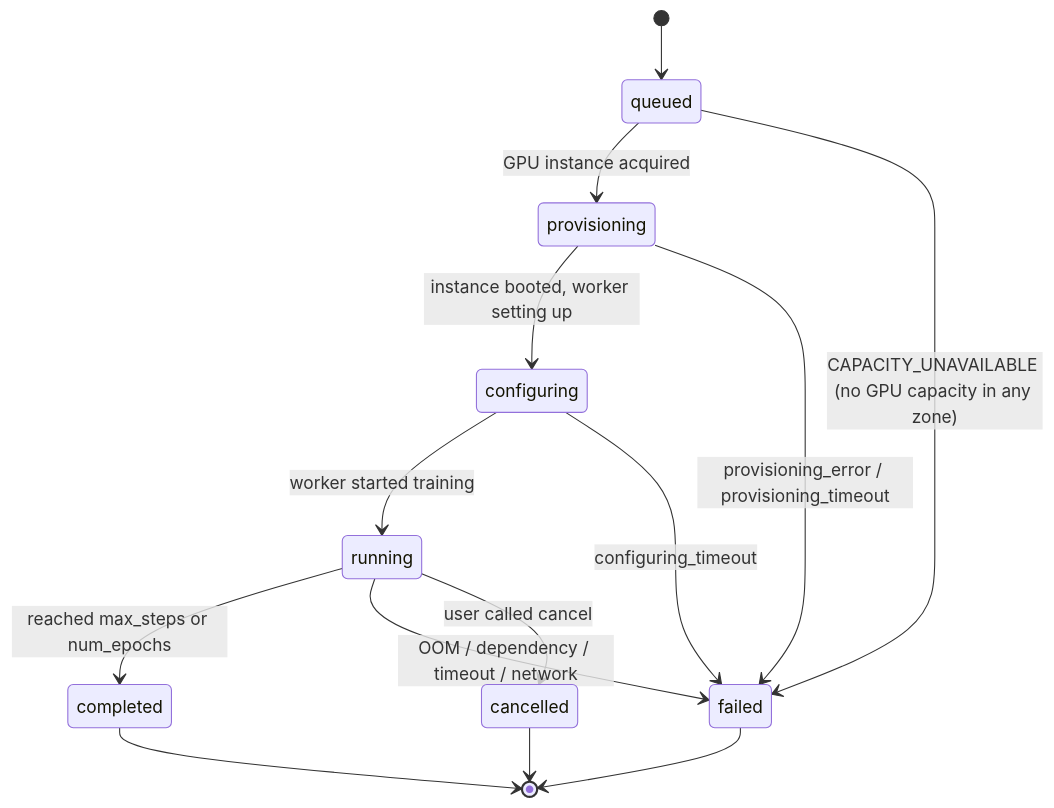
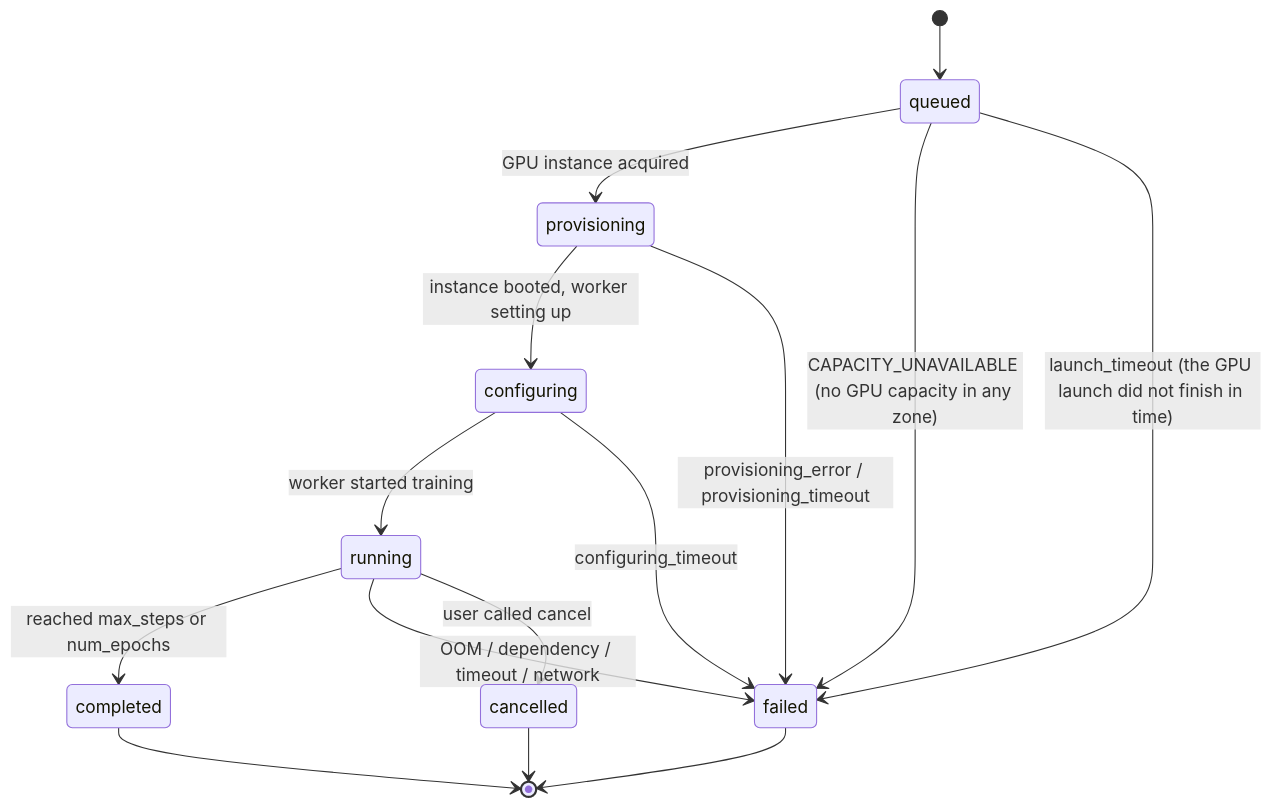
Before and after one commit to DannyMang/documentation: the diagram in training/managed.mdx, drawn with Mermaid. The commit also changed other lines of this file, not shown here.

Commit message:
VS-538: document the launch_timeout failure code
A training launch that does not finish within its provider's bound
(10 min AWS, 15 min DigitalOcean, GCP, Vast) is stopped and the job fails
with launch_timeout before any GPU is billed.

````diff
--- a/training/managed.mdx
+++ b/training/managed.mdx
@@ -29,16 +29,17 @@
 ```mermaid
 stateDiagram-v2
     [*] --> queued
     queued --> provisioning : GPU instance acquired
     queued --> failed : CAPACITY_UNAVAILABLE (no GPU capacity in any zone)
+    queued --> failed : launch_timeout (the GPU launch did not finish in time)
     provisioning --> configuring : instance booted, worker setting up
     provisioning --> failed : provisioning_error / provisioning_timeout
     configuring --> running : worker started training
     configuring --> failed : configuring_timeout
     running --> completed : reached max_steps or num_epochs
     running --> failed : OOM / dependency / timeout / network
     running --> cancelled : user called cancel
     completed --> [*]
     failed --> [*]
     cancelled --> [*]
 ```
````
